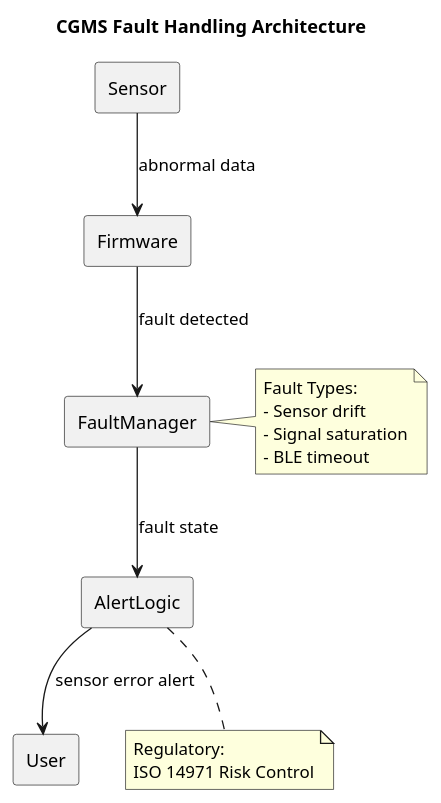
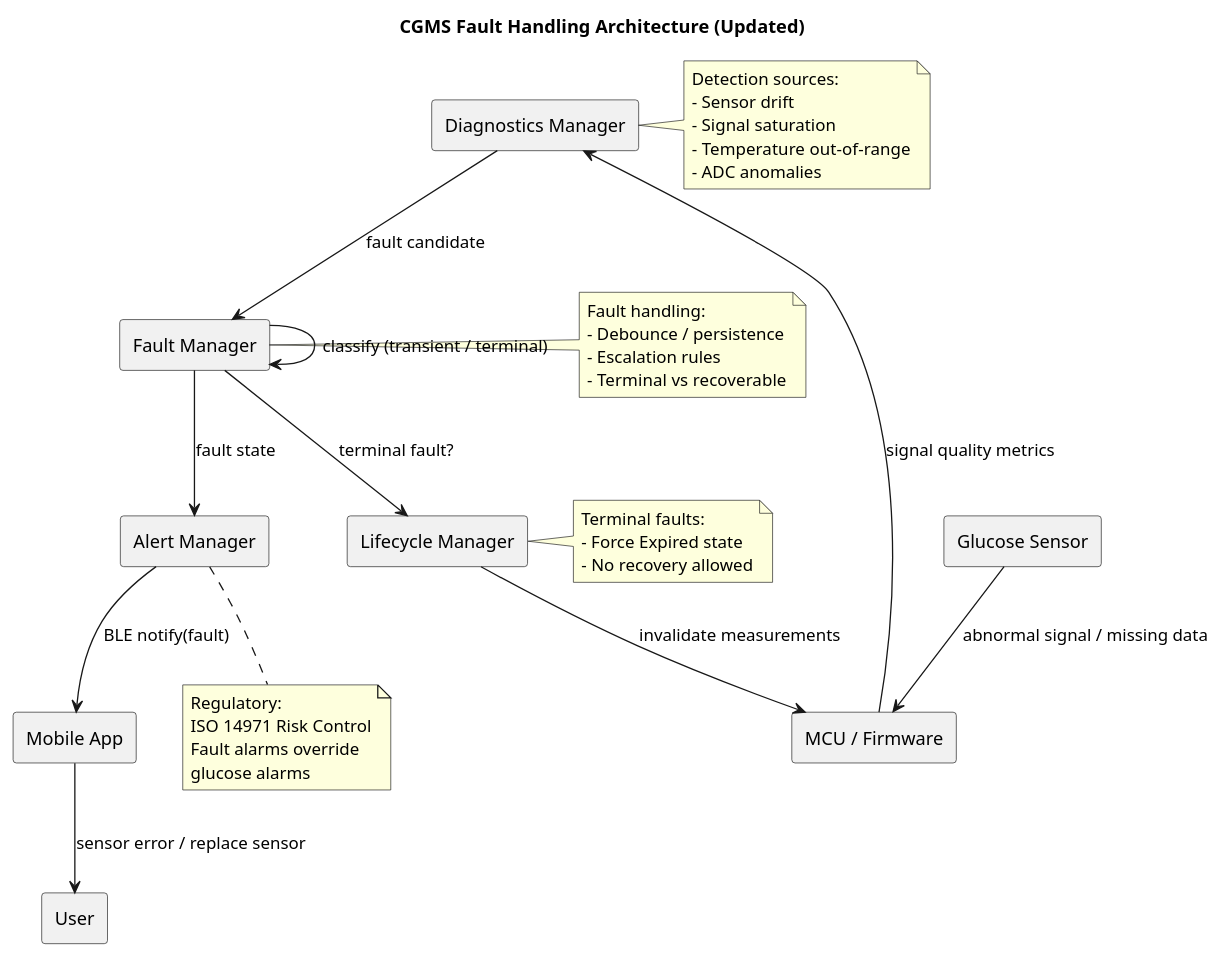
One commit to spothana/cgms changed the diagram in documents/diagrams/safety/cgms_fault_handling.puml. Above: the diagram before and after it, drawn with PlantUML. The commit also changed other lines of this file and 23 other files, not shown here.

Commit message:
update the design diagrams to reflect one time usage of CGM devices and add diagnostic telemetry

```diff
--- a/documents/diagrams/safety/cgms_fault_handling.puml
+++ b/documents/diagrams/safety/cgms_fault_handling.puml
@@ -1,29 +1,68 @@
 @startuml cgms_fault_handling
 skinparam componentStyle rectangle
 
-title CGMS Fault Handling Architecture
+title CGMS Fault Handling Architecture (Updated)
 
-component Sensor
-component Firmware
-component FaultManager
-component AlertLogic
+component "Glucose Sensor" as Sensor
+component "MCU / Firmware" as MCU
+component "Diagnostics Manager" as Diag
+component "Fault Manager" as Fault
+component "Lifecycle Manager" as Life
+component "Alert Manager" as Alert
+component "Mobile App" as App
 component User
 
-Sensor --> Firmware : abnormal data
-Firmware --> FaultManager : fault detected
-FaultManager --> AlertLogic : fault state
-AlertLogic --> User : sensor error alert
+' --------------------
+' Fault detection
+' --------------------
+Sensor --> MCU : abnormal signal / missing data
+MCU --> Diag : signal quality metrics
 
-note right of FaultManager
-Fault Types:
+' --------------------
+' Fault classification
+' --------------------
+Diag --> Fault : fault candidate
+Fault --> Fault : classify (transient / terminal)
+
+' --------------------
+' Escalation & enforcement
+' --------------------
+Fault --> Life : terminal fault?
+Life --> MCU : invalidate measurements
+
+' --------------------
+' User notification
+' --------------------
+Fault --> Alert : fault state
+Alert --> App : BLE notify(fault)
+App --> User : sensor error / replace sensor
+
+note right of Diag
+Detection sources:
 - Sensor drift
 - Signal saturation
-- BLE timeout
+- Temperature out-of-range
+- ADC anomalies
 end note
 
-note bottom of AlertLogic
+note right of Fault
+Fault handling:
+- Debounce / persistence
+- Escalation rules
+- Terminal vs recoverable
+end note
+
+note right of Life
+Terminal faults:
+- Force Expired state
+- No recovery allowed
+end note
+
+note bottom of Alert
 Regulatory:
 ISO 14971 Risk Control
+Fault alarms override
+glucose alarms
 end note
 
 @enduml
```
